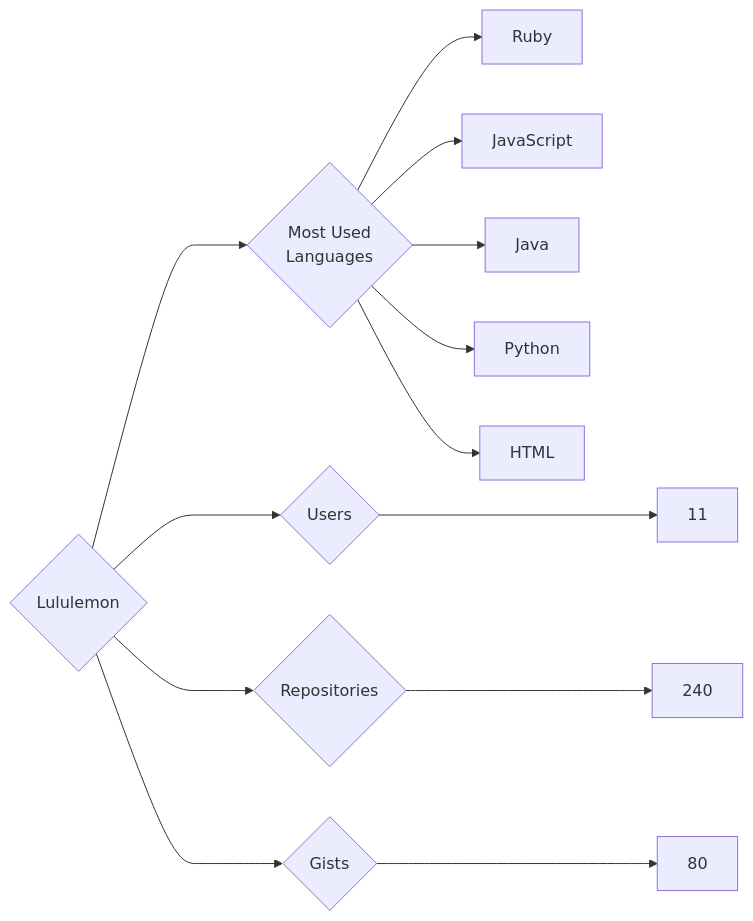
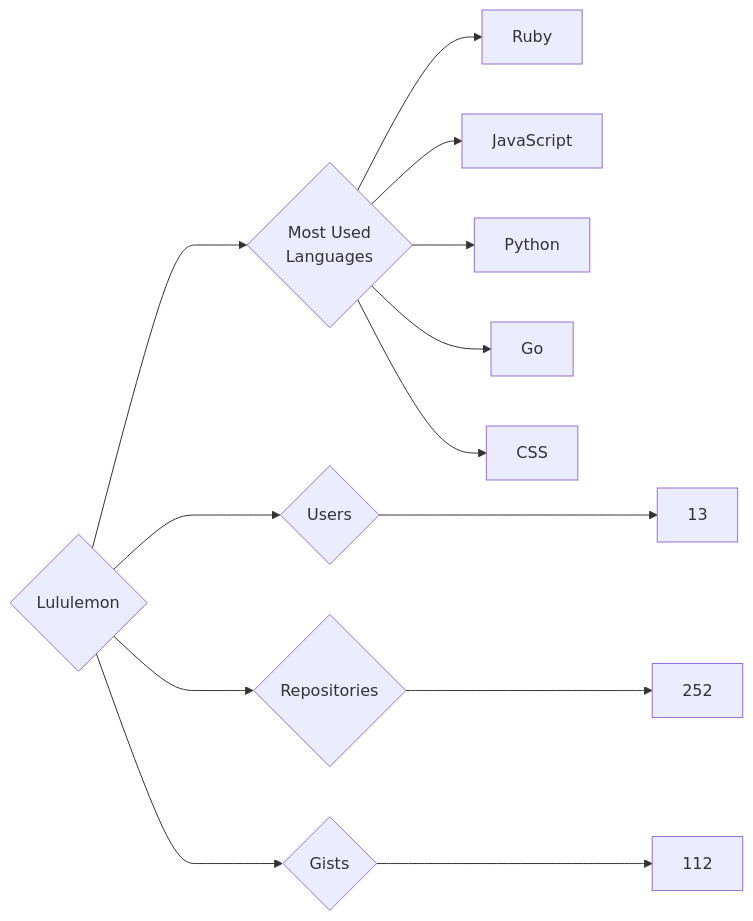
The diagram in targets/Lululemon/README.md (trickest/insiders), drawn with Mermaid before and after one commit. The commit also changed 1484 other files, not shown here.

````diff
--- a/targets/Lululemon/README.md
+++ b/targets/Lululemon/README.md
@@ -3,13 +3,13 @@
 ```mermaid
 graph LR
 COMPANY_NAME{Lululemon}
-COMPANY_NAME ---> U{Users} ---> UN[11]
-COMPANY_NAME ---> R{Repositories} ---> RN[240]
-COMPANY_NAME ---> G{Gists} ---> GN[80]
+COMPANY_NAME ---> U{Users} ---> UN[13]
+COMPANY_NAME ---> R{Repositories} ---> RN[252]
+COMPANY_NAME ---> G{Gists} ---> GN[112]
 COMPANY_NAME ---> ML{Most Used<br>Languages}
 ML --> Ruby[Ruby]
 ML --> JavaScript[JavaScript]
-ML --> Java[Java]
 ML --> Python[Python]
-ML --> HTML[HTML]
+ML --> Go[Go]
+ML --> CSS[CSS]
 ```
````
